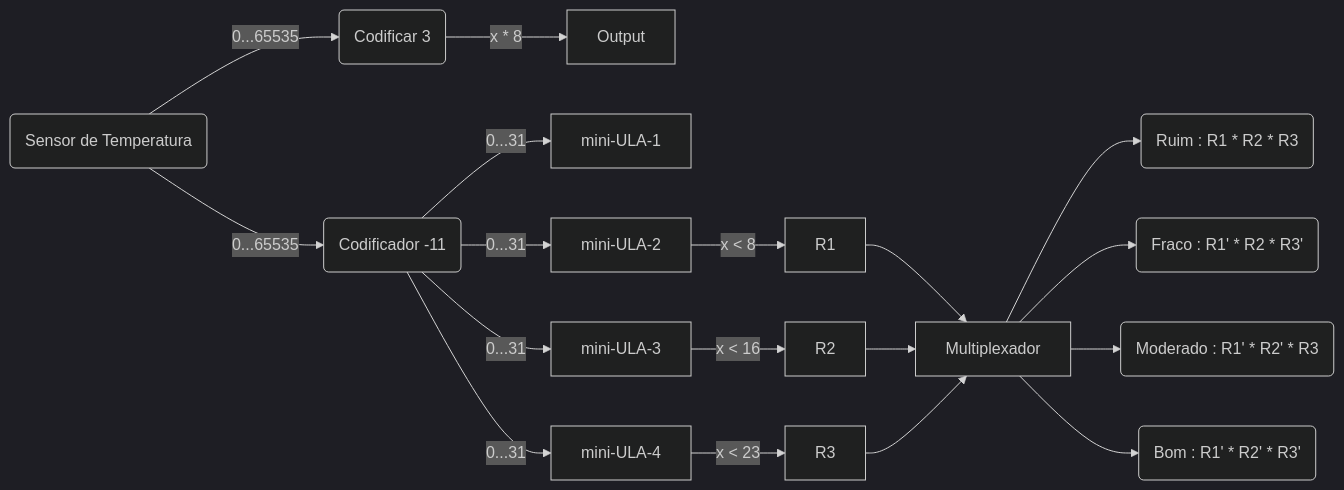
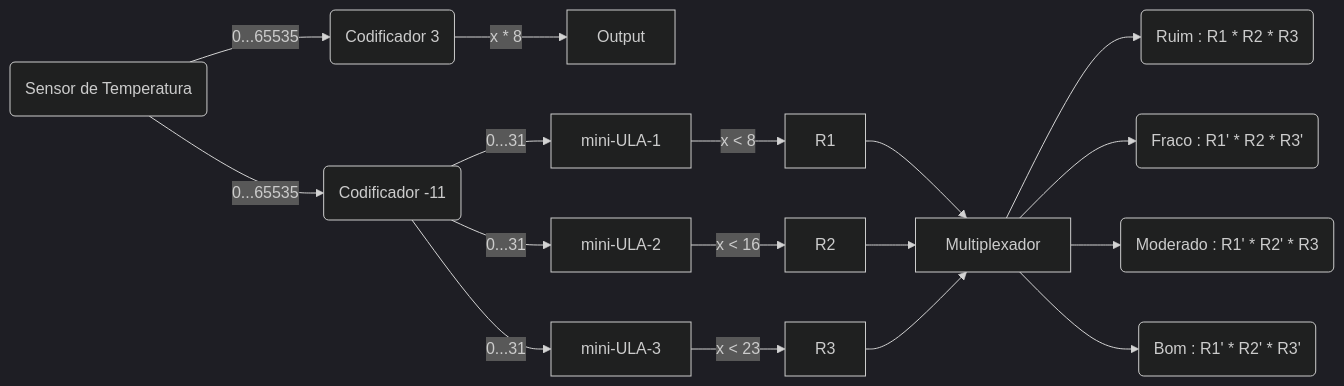
Before and after one commit to Enzo0100/Solar-Quality: the diagram in README.md, drawn with Mermaid (dark theme).

````diff
--- a/README.md
+++ b/README.md
@@ -56,20 +56,19 @@
 ```mermaid
 graph LR; 
     sensor(Sensor de Temperatura)-->|0...65535|cod2(Codificador -11);
-    sensor(Sensor de Temperatura)-->|0...65535|cod(Codificar 3)
-    cod(Codificar 3)-->|x * 8|Output
+    sensor(Sensor de Temperatura)-->|0...65535|cod(Codificador 3)
+    cod(Codificador 3)-->|x * 8|Output
     cod2(Codificador -11)-->|0...31|mini-ULA-1
     cod2(Codificador -11)-->|0...31|mini-ULA-2
     cod2(Codificador -11)-->|0...31|mini-ULA-3
-    cod2(Codificador -11)-->|0...31|mini-ULA-4
-    mini-ULA-2-->|x < 8|R1
-    mini-ULA-3-->|x < 16|R2
-    mini-ULA-4-->|x < 23|R3
+    mini-ULA-1-->|x < 8|R1
+    mini-ULA-2-->|x < 16|R2
+    mini-ULA-3-->|x < 23|R3
     R1-->Multiplexador
     R2-->Multiplexador
     R3-->Multiplexador
     Multiplexador-->Ruim(Ruim : R1 * R2 * R3)
     Multiplexador-->Fraco(Fraco : R1' * R2 * R3')
     Multiplexador-->Moderado(Moderado : R1' * R2' * R3)
     Multiplexador-->Bom(Bom : R1' * R2' * R3')
 ```
````
